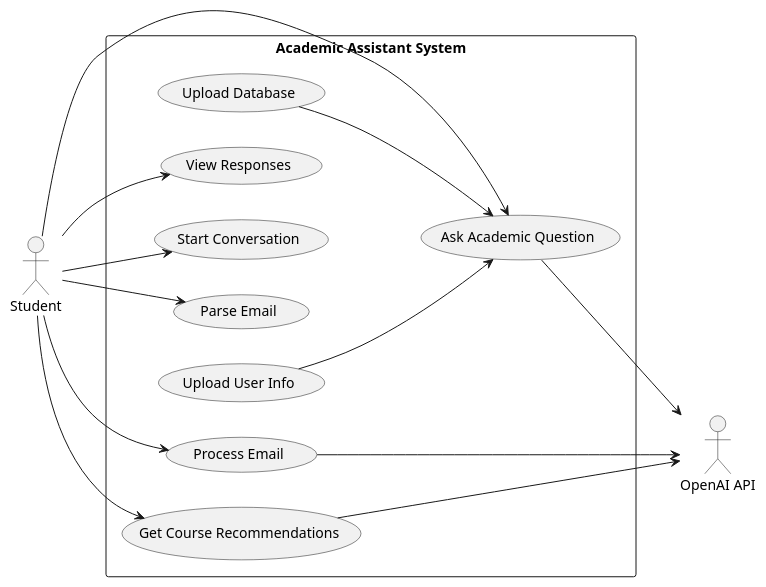
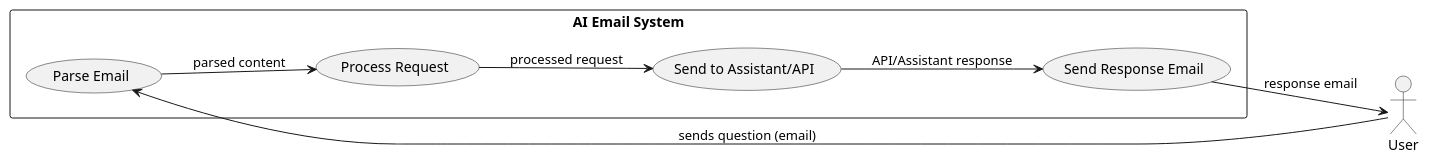
The diagram in UML/use-case-diagram.puml (CadenFinley/SE-S25-Final), drawn with PlantUML before and after one commit. The commit also changed 1 other file, not shown here.

Commit message:
Edits the use case uml chart

```diff
--- a/UML/use-case-diagram.puml
+++ b/UML/use-case-diagram.puml
@@ -1,30 +1,16 @@
 @startuml
 left to right direction
-
-actor Student as student
-actor "OpenAI API" as openai
-
-rectangle "Academic Assistant System" {
-  usecase "Start Conversation" as UC1
-  usecase "Ask Academic Question" as UC2
-  usecase "Parse Email" as UC3
-  usecase "Process Email" as UC4
-  usecase "Get Course Recommendations" as UC5
-  usecase "Upload User Info" as UC6
-  usecase "Upload Database" as UC7
-  usecase "View Responses" as UC8
+actor User
+rectangle "AI Email System" {
+    usecase "Parse Email" as UC1
+    usecase "Process Request" as UC2
+    usecase "Send to Assistant/API" as UC3
+    usecase "Send Response Email" as UC4
 }
 
-student --> UC1
-student --> UC2
-student --> UC3
-student --> UC4
-student --> UC5
-student --> UC8
-UC2 --> openai
-UC4 --> openai
-UC5 --> openai
-UC6 --> UC2
-UC7 --> UC2
-
+User --> UC1 : sends question (email)
+UC1 --> UC2 : parsed content
+UC2 --> UC3 : processed request
+UC3 --> UC4 : API/Assistant response
+UC4 --> User : response email
 @enduml
```
